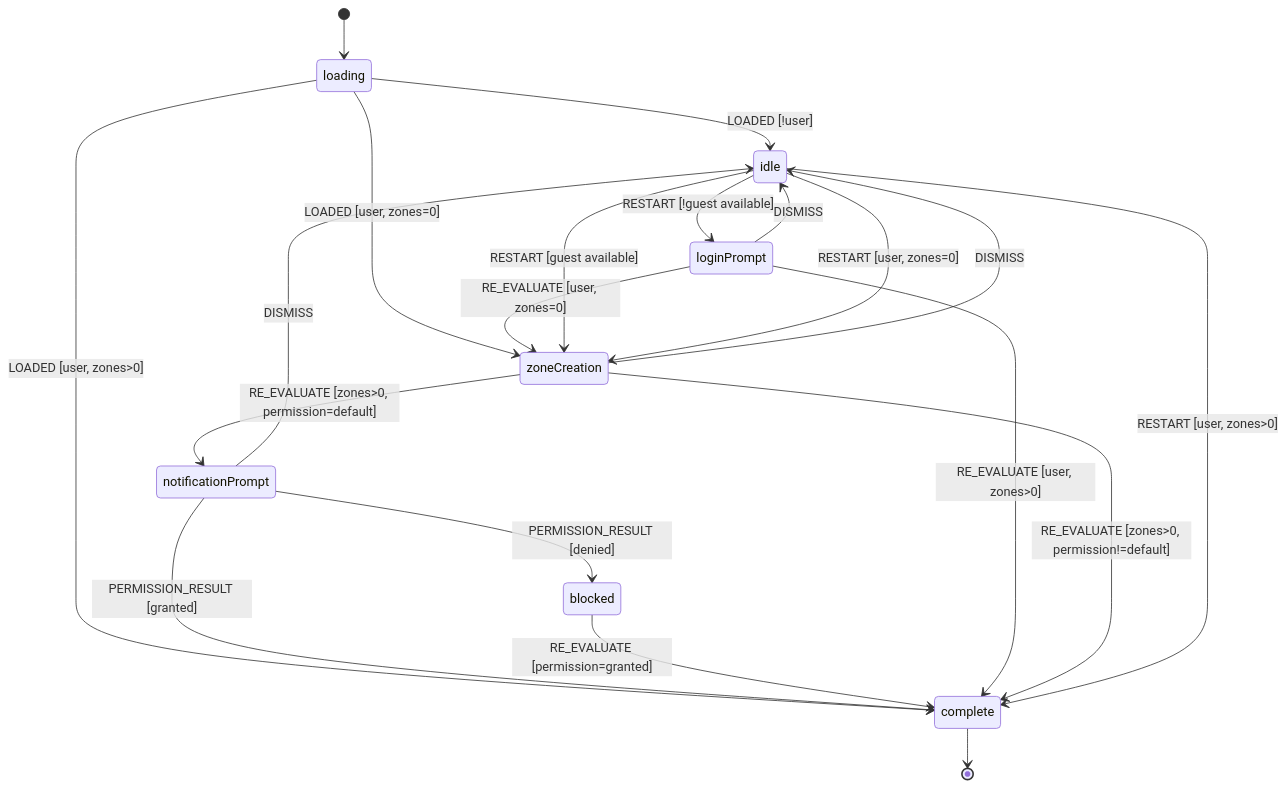
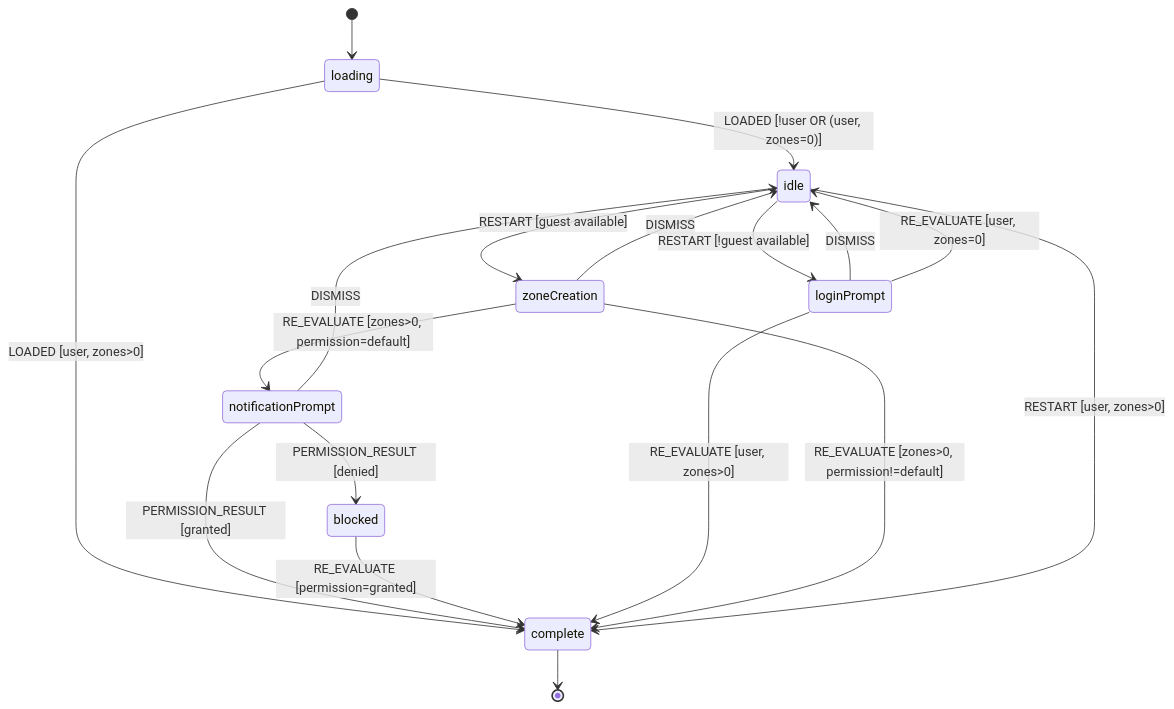
The diagram in docs/features/onboarding-flow.md (oboapp/oboapp), drawn with Mermaid before and after one commit. The commit also changed other lines of this file and 2 other files, not shown here.

First line of the commit message:
Fix cold-path AddInterestsPrompt: authenticated users with 0 zones land in idle, not zoneCreation

````diff
--- a/docs/features/onboarding-flow.md
+++ b/docs/features/onboarding-flow.md
@@ -64,29 +64,27 @@
 ```mermaid
 stateDiagram-v2
     [*] --> loading
 
-    loading --> idle : LOADED [!user]
-    loading --> zoneCreation : LOADED [user, zones=0]
+    loading --> idle : LOADED [!user OR (user, zones=0)]
     loading --> complete : LOADED [user, zones>0]
 
     notificationPrompt --> blocked : PERMISSION_RESULT [denied]
     notificationPrompt --> complete : PERMISSION_RESULT [granted]
     notificationPrompt --> idle : DISMISS
 
     blocked --> complete : RE_EVALUATE [permission=granted]
 
     loginPrompt --> idle : DISMISS
-    loginPrompt --> zoneCreation : RE_EVALUATE [user, zones=0]
+    loginPrompt --> idle : RE_EVALUATE [user, zones=0]
     loginPrompt --> complete : RE_EVALUATE [user, zones>0]
 
     zoneCreation --> notificationPrompt : RE_EVALUATE [zones>0, permission=default]
     zoneCreation --> complete : RE_EVALUATE [zones>0, permission!=default]
     zoneCreation --> idle : DISMISS
 
     idle --> zoneCreation : RESTART [guest available]
     idle --> loginPrompt : RESTART [!guest available]
-    idle --> zoneCreation : RESTART [user, zones=0]
     idle --> complete : RESTART [user, zones>0]
 
     complete --> [*]
 ```
````
